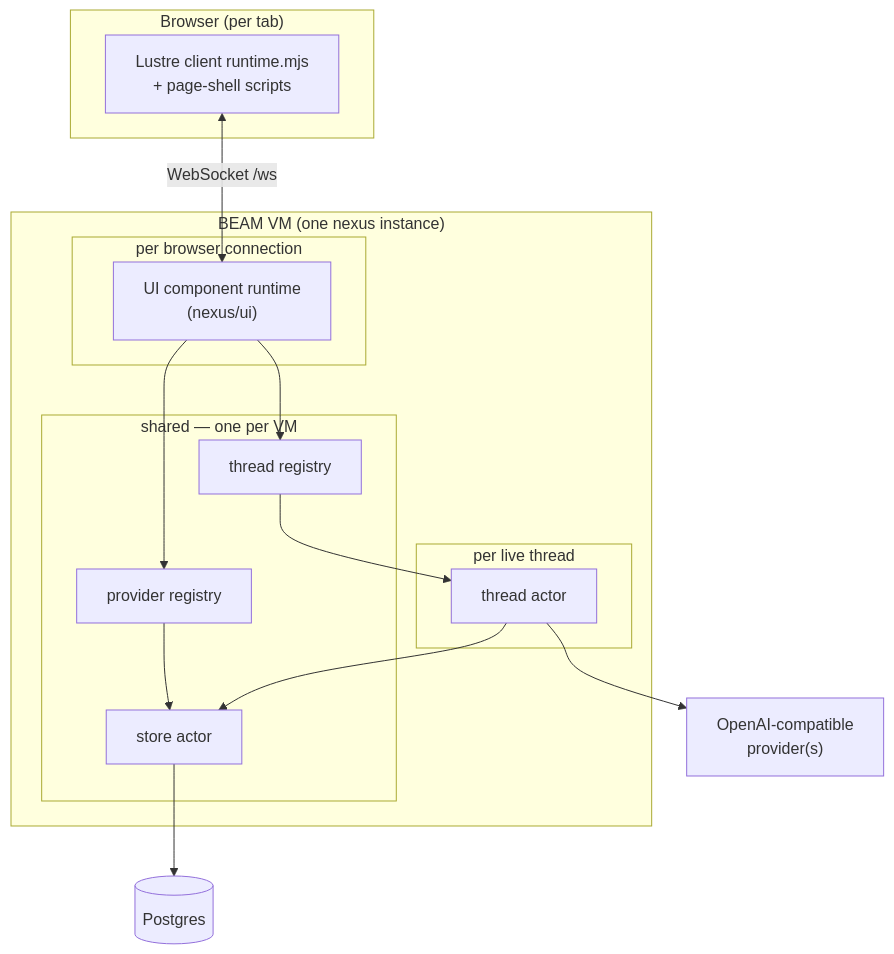
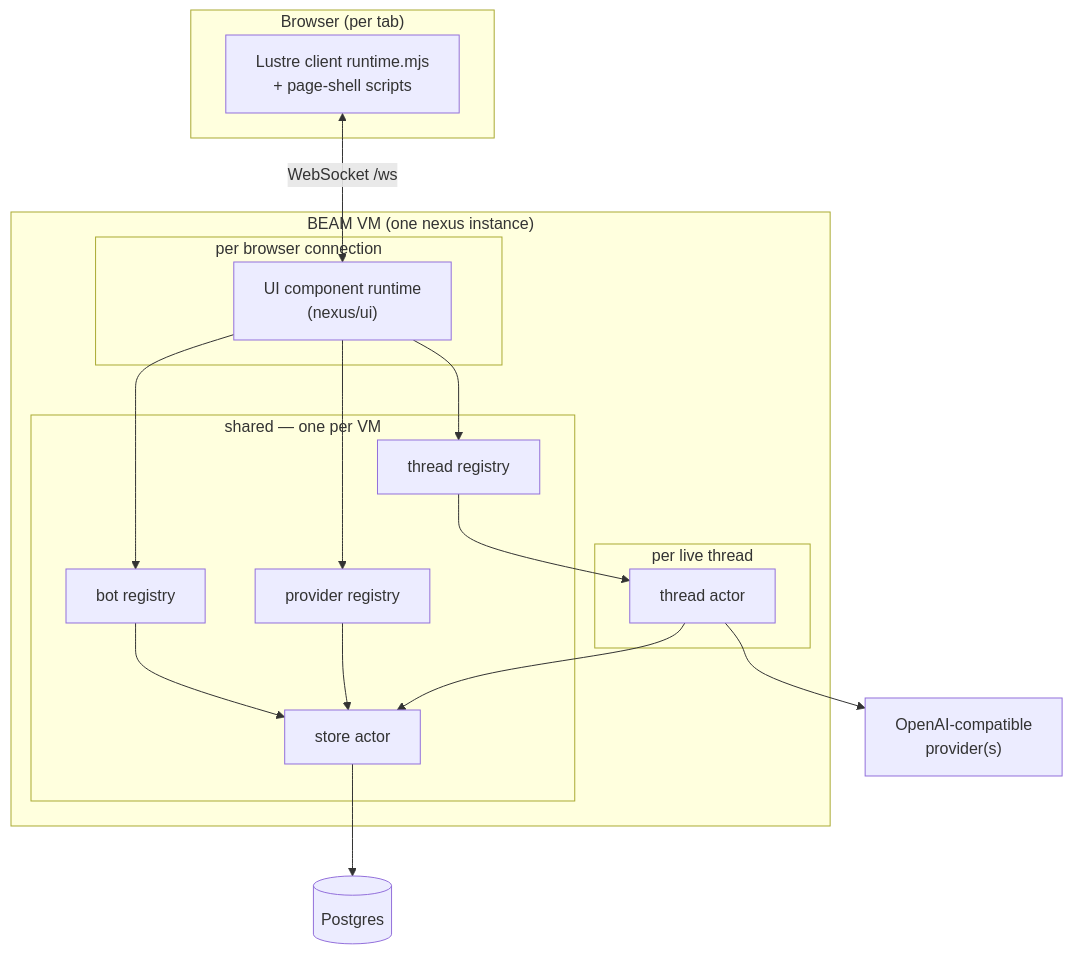
Before and after one commit to jhillyerd/nexus: the first of 4 diagrams in ARCHITECTURE.md, drawn with Mermaid. The commit also changed other lines of this file and 41 other files, not shown here.

First line of the commit message:
feat: bot entity + create-thread-from-bot (bots plan P1) (#87)

````diff
--- a/ARCHITECTURE.md
+++ b/ARCHITECTURE.md
@@ -24,30 +24,33 @@
 ```mermaid
 flowchart TB
     subgraph browser["Browser (per tab)"]
         js["Lustre client runtime.mjs<br/>+ page-shell scripts"]
     end
     subgraph vm["BEAM VM (one nexus instance)"]
         subgraph conn["per browser connection"]
             rt["UI component runtime<br/>(nexus/ui)"]
         end
         subgraph shared["shared — one per VM"]
             reg["thread registry"]
             prov["provider registry"]
+            bots["bot registry"]
             store["store actor"]
         end
         subgraph perthread["per live thread"]
             sa["thread actor"]
         end
     end
     pg[("Postgres")]
     llm["OpenAI-compatible<br/>provider(s)"]
 
     js <-- "WebSocket /ws" --> rt
     rt --> reg
     rt --> prov
+    rt --> bots
     reg --> sa
     sa --> store
     prov --> store
+    bots --> store
     store --> pg
     sa --> llm
 ```
````
